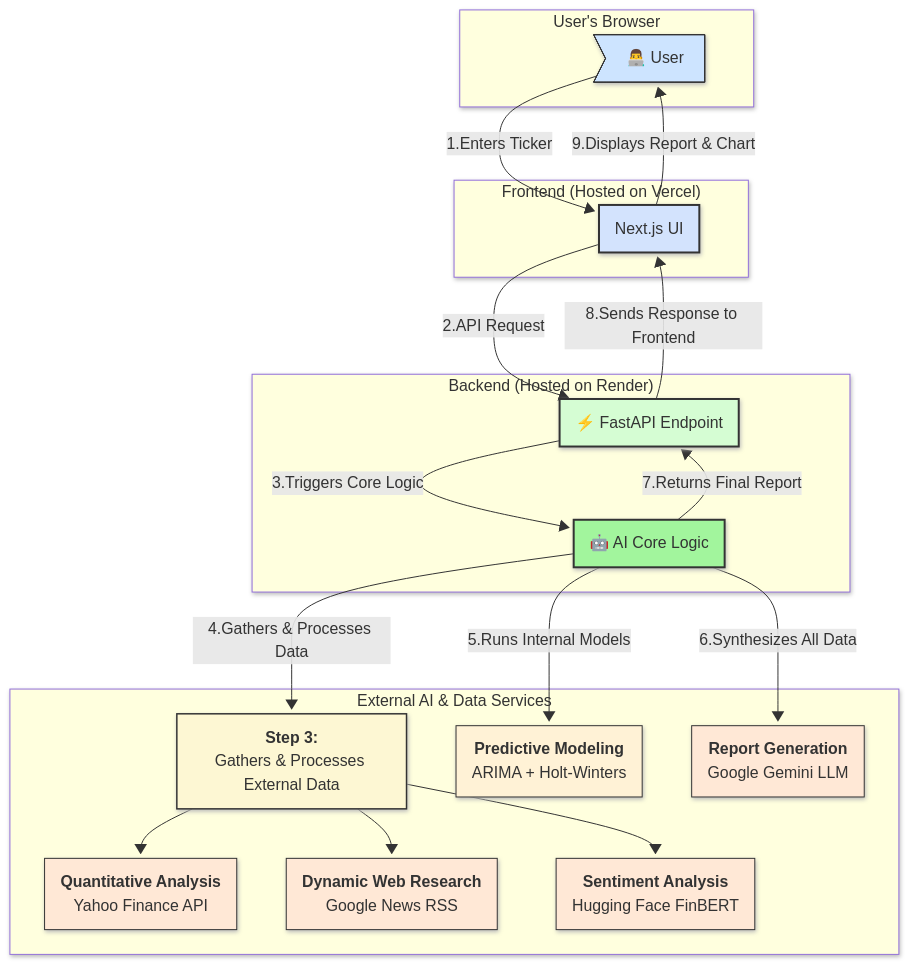
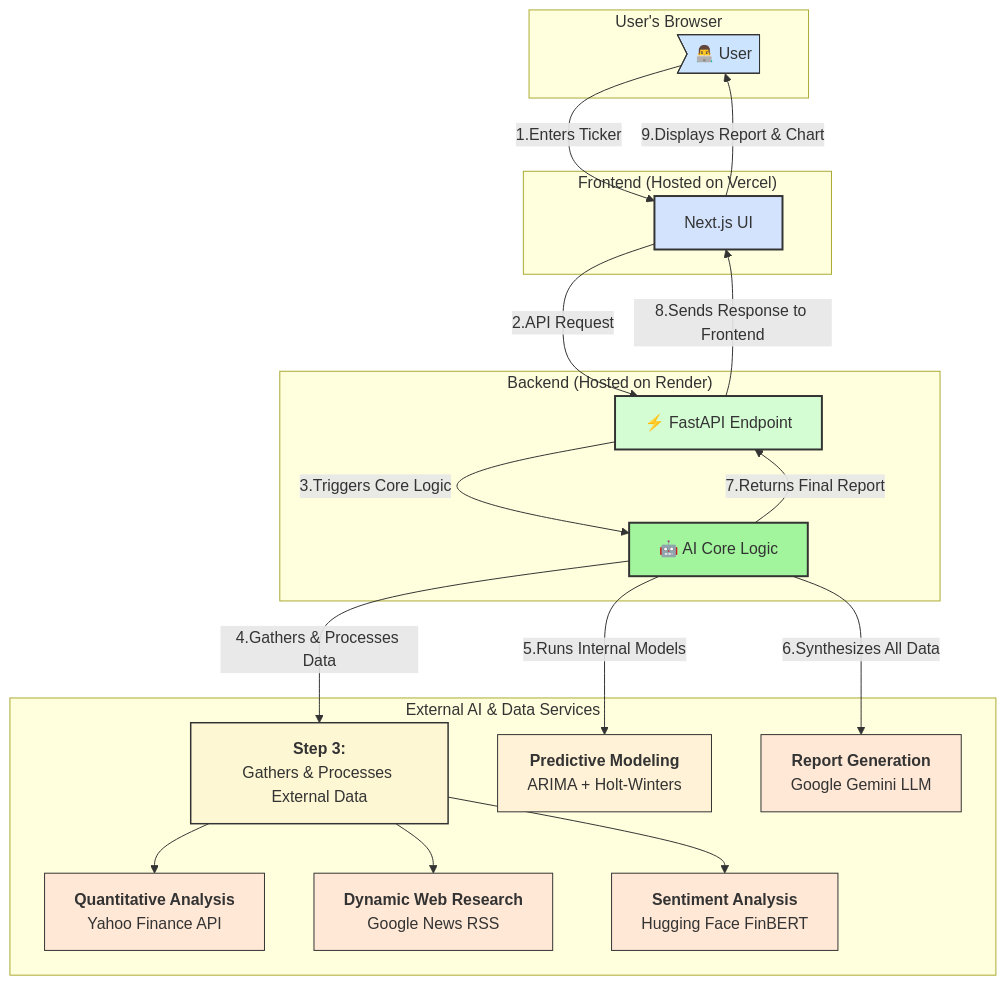
The diagram in README.md (Amitesh-AJ10/InsightInvest), drawn with Mermaid before and after one commit.

Commit message:
Architecture README.md v2

````diff
--- a/README.md
+++ b/README.md
@@ -43,59 +43,54 @@
 ```mermaid
----
-config:
-  theme: mc
-  look: neo
----
 graph TD
     subgraph "User's Browser"
         User>👨‍💻 User]
     end
 
     subgraph "Frontend (Hosted on Vercel)"
         Frontend[Next.js UI]
     end
 
     subgraph "Backend (Hosted on Render)"
         API[⚡ FastAPI Endpoint]
         Engine[🤖 AI Core Logic]
     end
 
     subgraph "External AI & Data Services"
         Aggregation[<b>Step 3:</b><br>Gathers &amp; Processes External Data]
         Feature1[<b>Quantitative Analysis</b><br>Yahoo Finance API]
         Feature2[<b>Dynamic Web Research</b><br>Google News RSS]
         Feature3[<b>Sentiment Analysis</b><br>Hugging Face FinBERT]
         Feature4[<b>Predictive Modeling</b><br>ARIMA + Holt-Winters]
         Feature5[<b>Report Generation</b><br>Google Gemini LLM]
     end
 
     %% --- Data Flow ---
     User -- "1.Enters Ticker" --> Frontend
     Frontend -- "2.API Request" --> API
     API -- "3.Triggers Core Logic" --> Engine
 
     Engine -- "4.Gathers &amp; Processes Data" --> Aggregation
     Aggregation --> Feature1
     Aggregation --> Feature2
     Aggregation --> Feature3
 
     Engine -- "5.Runs Internal Models" --> Feature4
     Engine -- "6.Synthesizes All Data" --> Feature5
 
     Engine -- "7.Returns Final Report" --> API
     API -- "8.Sends Response to Frontend" --> Frontend
     Frontend -- "9.Displays Report &amp; Chart" --> User
 
     %% --- Styling ---
     style User fill:#cde4ff,stroke:#333
     style Frontend fill:#d3e3fd,stroke:#333,stroke-width:2px
     style API fill:#d5fdd3,stroke:#333,stroke-width:2px
     style Engine fill:#a2f59d,stroke:#333,stroke-width:2px
     style Aggregation fill:#fdf7d3,stroke:#333,stroke-width:1.5px
     style Feature1 fill:#ffe8d6,stroke:#333
     style Feature2 fill:#ffe8d6,stroke:#333
     style Feature3 fill:#ffe8d6,stroke:#333
     style Feature4 fill:#fff2d6,stroke:#333
     style Feature5 fill:#ffe8d6,stroke:#333
 
 ```
````
